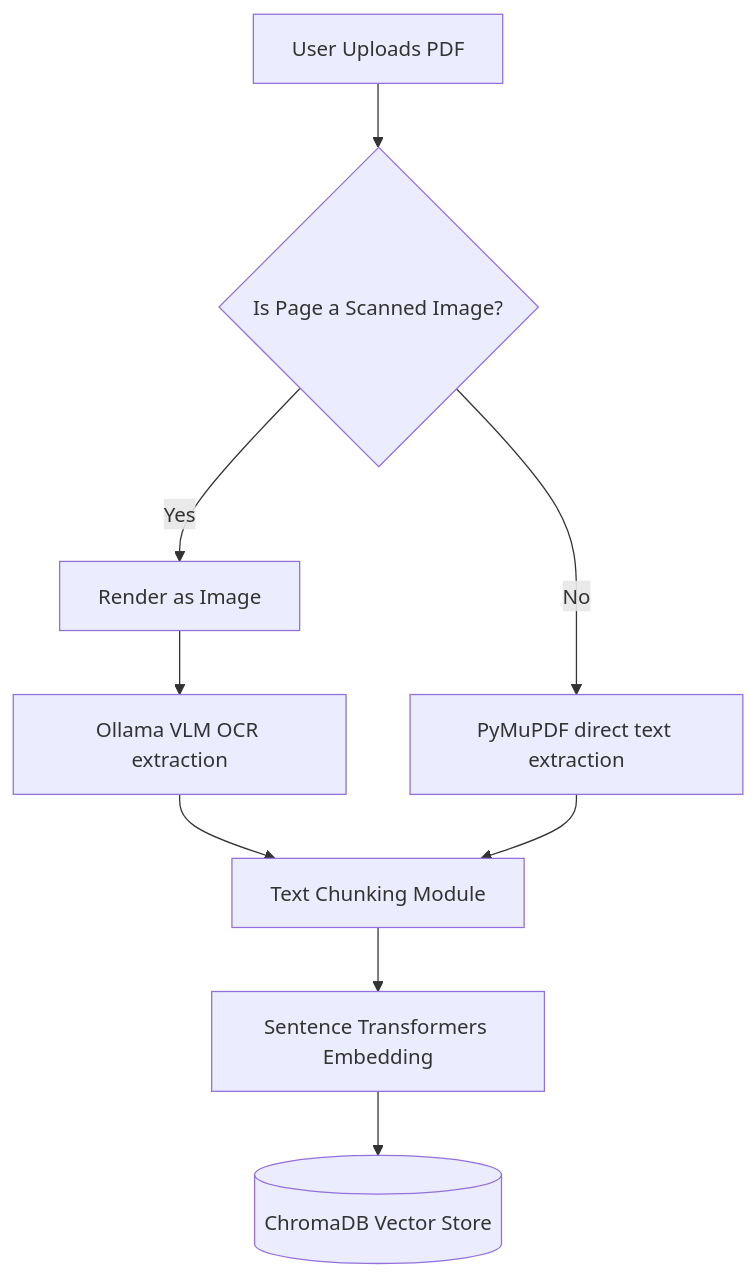
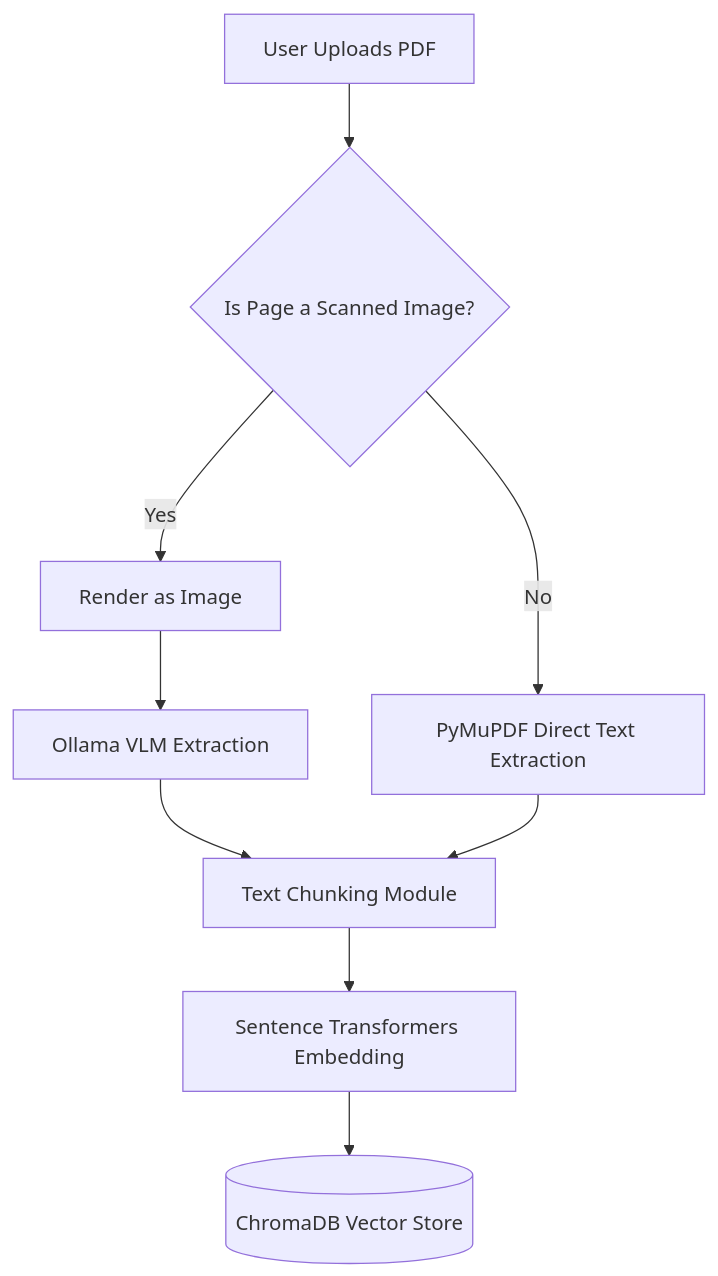
Before and after one commit to devxilz/book_agent: the first of 2 diagrams in README.md, drawn with Mermaid. The commit also changed other lines of this file, not shown here.

````diff
--- a/README.md
+++ b/README.md
@@ -55,11 +46,11 @@
 ```mermaid
 graph TD;
     A[User Uploads PDF] --> B{Is Page a Scanned Image?};
     B -- Yes --> C[Render as Image];
-    C --> D[Ollama VLM OCR extraction];
-    B -- No --> E[PyMuPDF direct text extraction];
+    C --> D[Ollama VLM Extraction];
+    B -- No --> E[PyMuPDF Direct Text Extraction];
     D --> F[Text Chunking Module];
     E --> F;
     F --> G[Sentence Transformers Embedding];
     G --> H[(ChromaDB Vector Store)];
 ```
````
